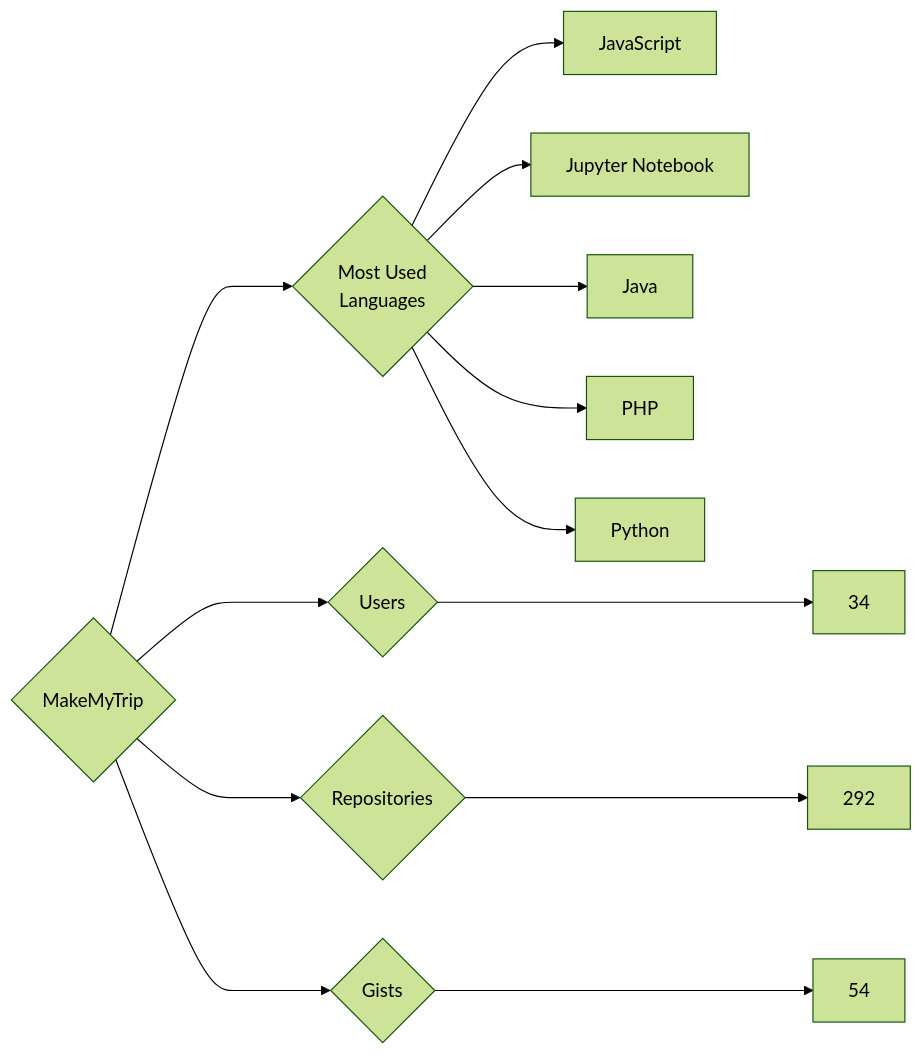
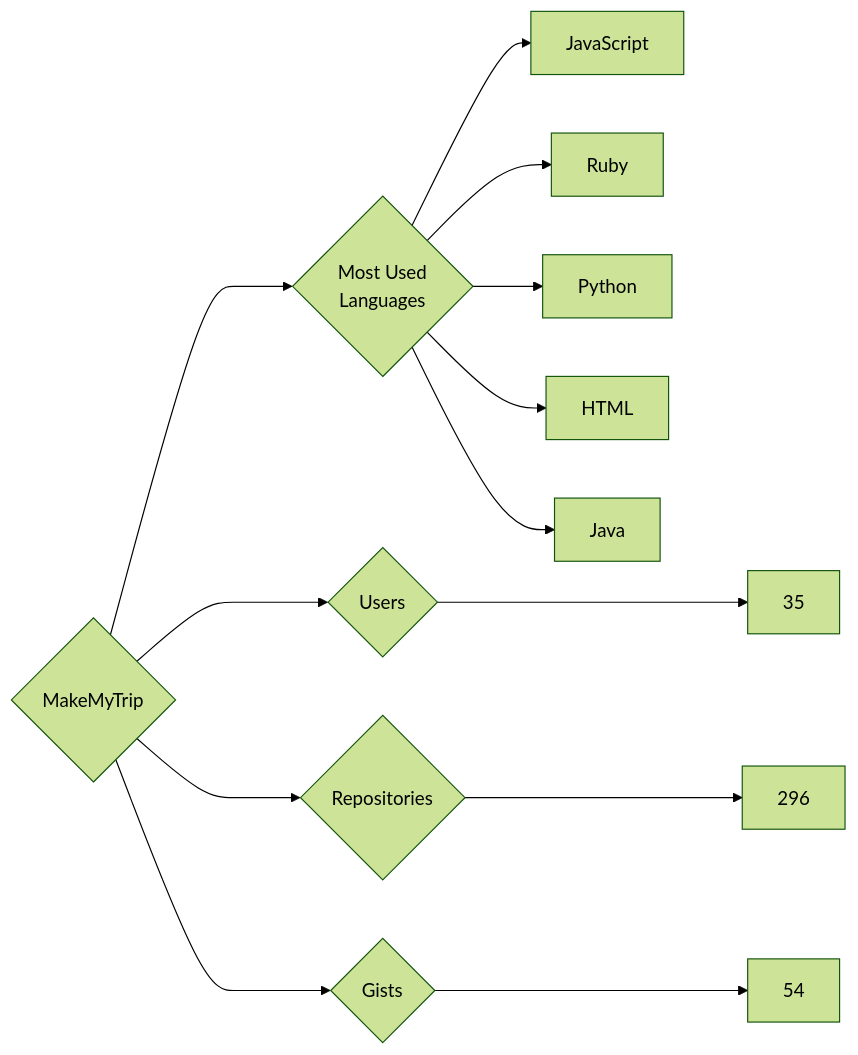
Before and after one commit to trickest/insiders: the diagram in targets/MakeMyTrip/README.md, drawn with Mermaid (forest theme). The commit also changed 870 other files, not shown here.

````diff
--- a/targets/MakeMyTrip/README.md
+++ b/targets/MakeMyTrip/README.md
@@ -3,13 +3,13 @@
 ```mermaid
 graph LR
 COMPANY_NAME{MakeMyTrip}
-COMPANY_NAME ---> U{Users} ---> UN[34]
-COMPANY_NAME ---> R{Repositories} ---> RN[292]
+COMPANY_NAME ---> U{Users} ---> UN[35]
+COMPANY_NAME ---> R{Repositories} ---> RN[296]
 COMPANY_NAME ---> G{Gists} ---> GN[54]
 COMPANY_NAME ---> ML{Most Used<br>Languages}
 ML --> JavaScript[JavaScript]
-ML --> Jupyter_Notebook[Jupyter Notebook]
+ML --> Ruby[Ruby]
+ML --> Python[Python]
+ML --> HTML[HTML]
 ML --> Java[Java]
-ML --> PHP[PHP]
-ML --> Python[Python]
 ```
````
